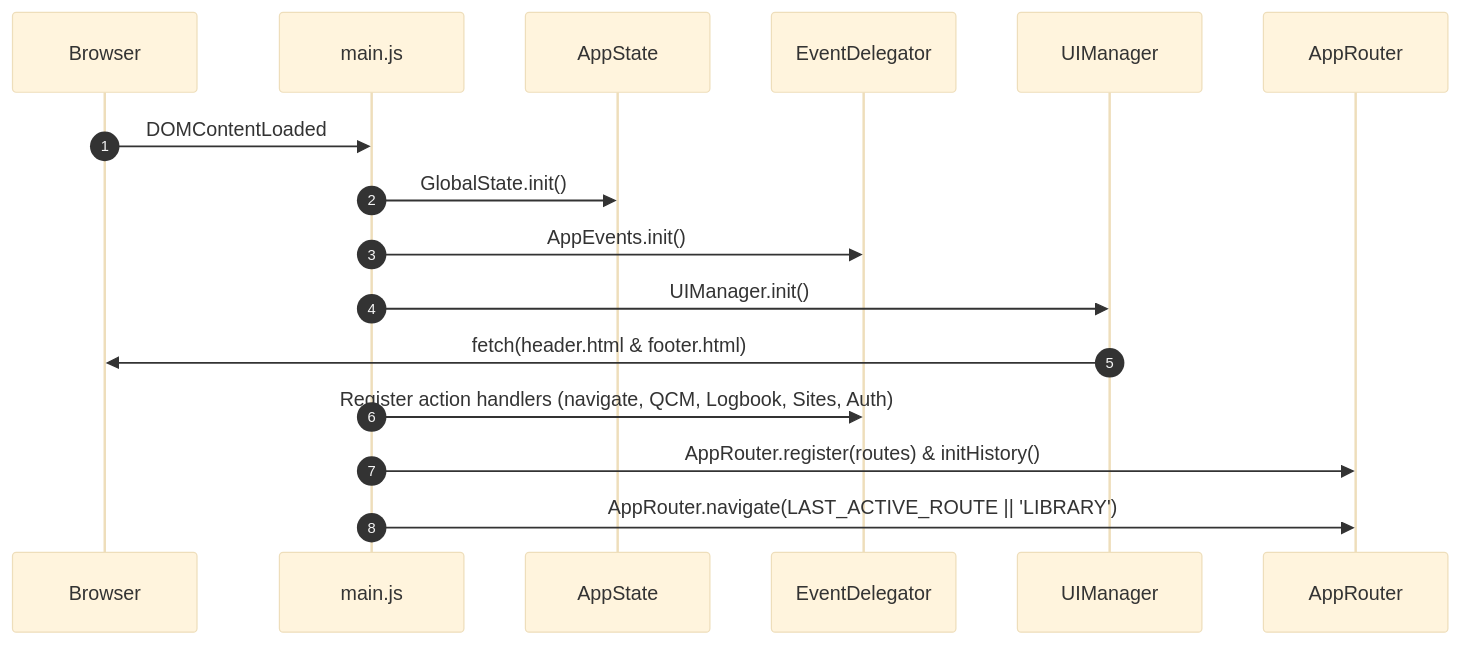
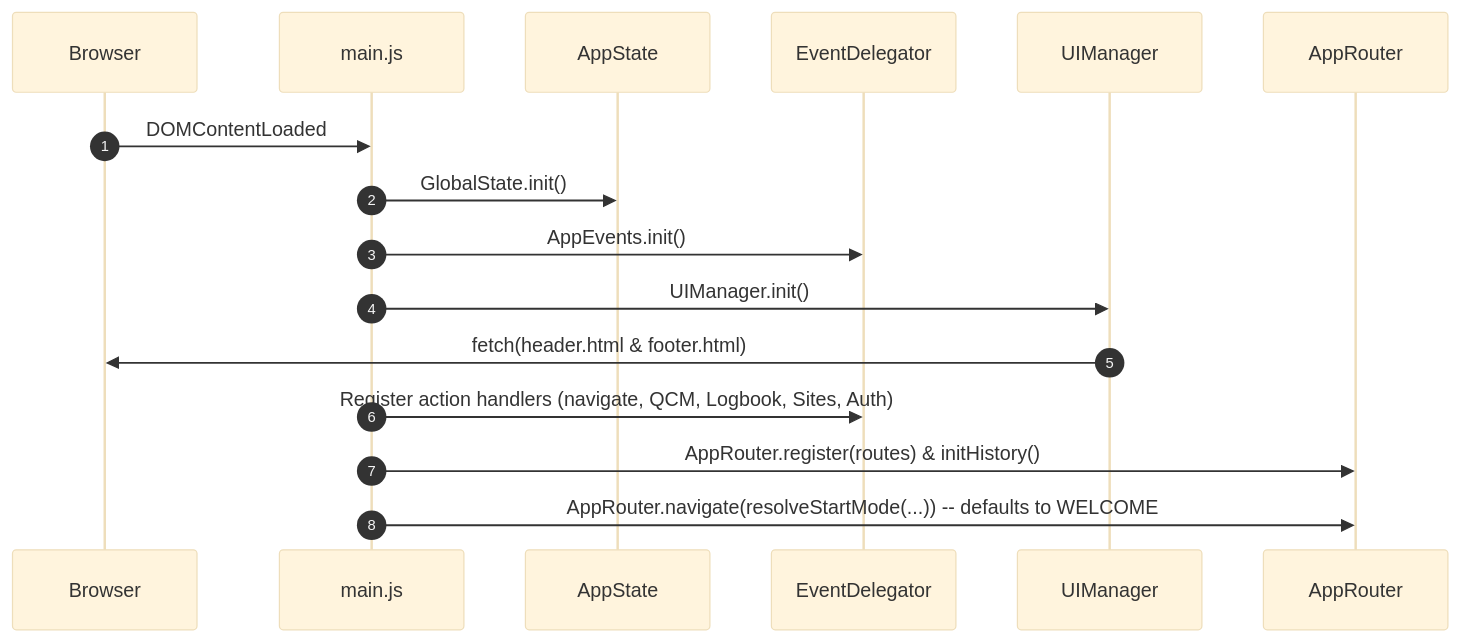
The diagram in DOCUMENTATION.md (urbamax/AssistantParapente), drawn with Mermaid (base theme) before and after one commit. The commit also changed other lines of this file and 7 other files, not shown here.

````diff
--- a/DOCUMENTATION.md
+++ b/DOCUMENTATION.md
@@ -111,19 +111,19 @@
 ```mermaid
 sequenceDiagram
     autonumber
     participant Browser
     participant Main as main.js
     participant State as AppState
     participant Events as EventDelegator
     participant UI as UIManager
     participant Router as AppRouter
 
     Browser->>Main: DOMContentLoaded
     Main->>State: GlobalState.init()
     Main->>Events: AppEvents.init()
     Main->>UI: UIManager.init()
     UI->>Browser: fetch(header.html & footer.html)
     Main->>Events: Register action handlers (navigate, QCM, Logbook, Sites, Auth)
     Main->>Router: AppRouter.register(routes) & initHistory()
-    Main->>Router: AppRouter.navigate(LAST_ACTIVE_ROUTE || 'LIBRARY')
+    Main->>Router: AppRouter.navigate(resolveStartMode(...)) -- defaults to WELCOME
 ```
````
